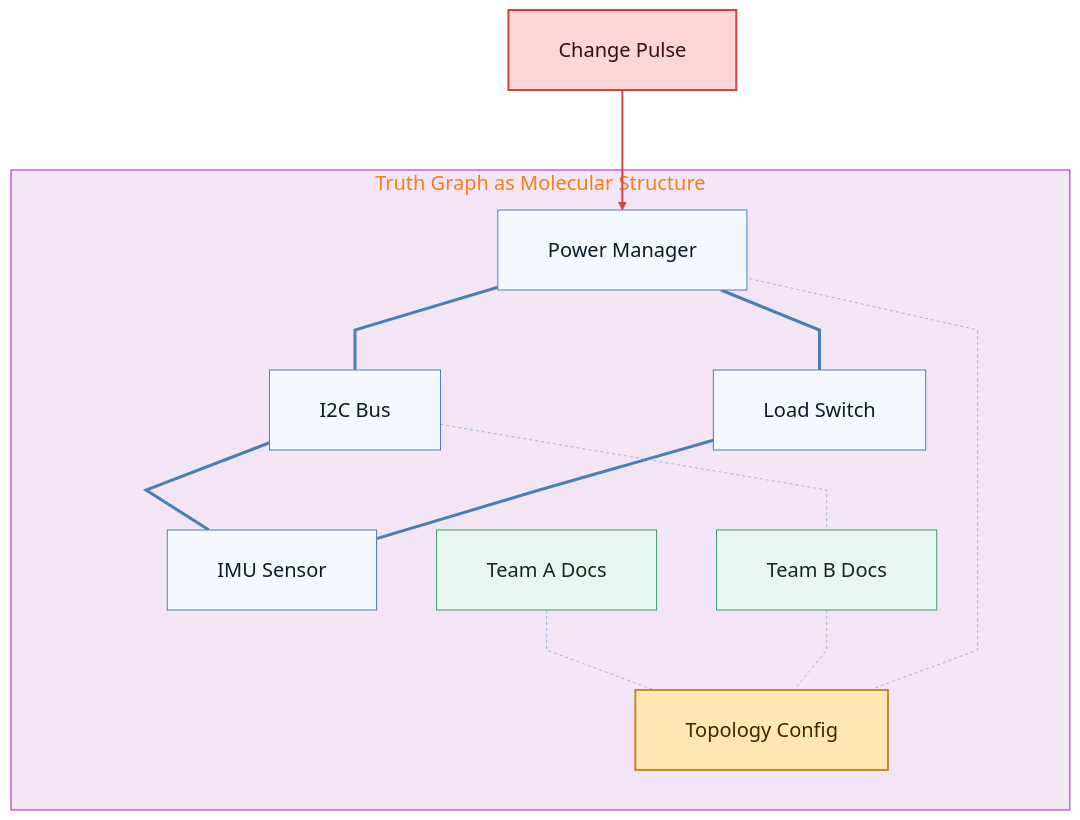
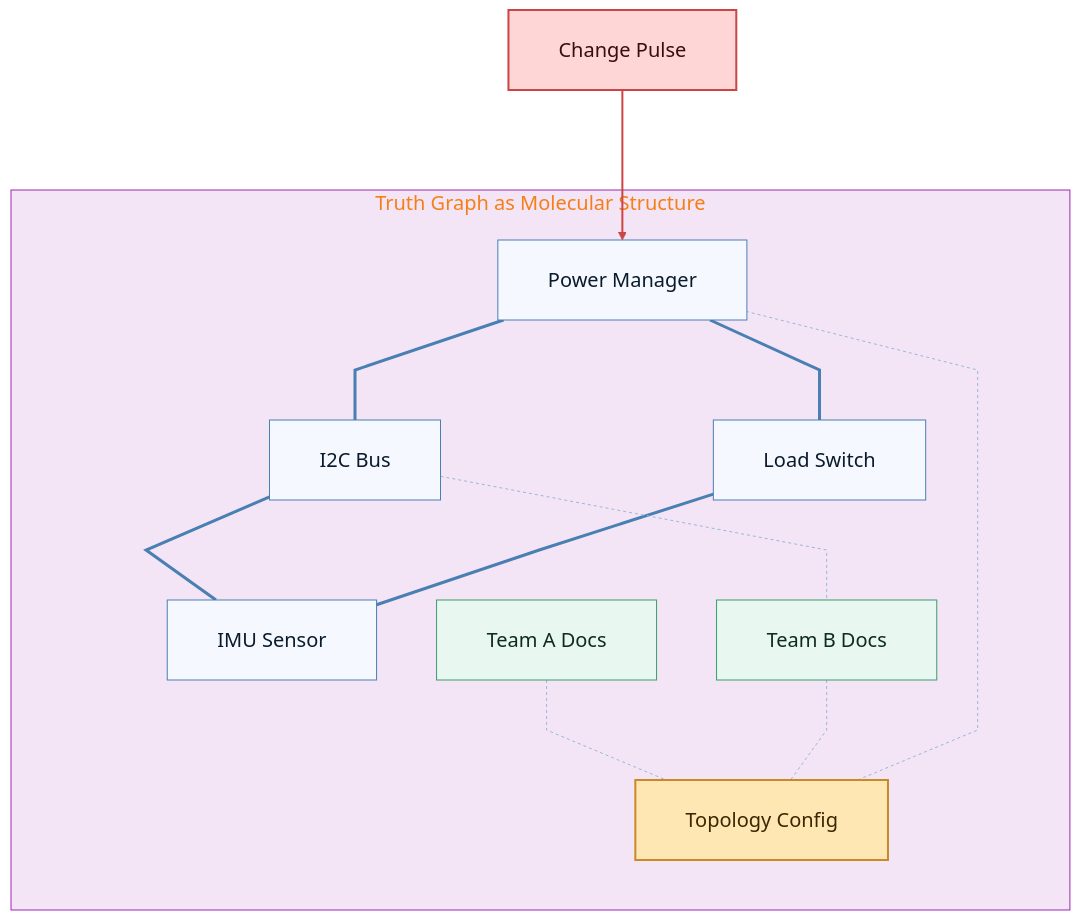
One commit to Lizo-RoadTown/PROVES_LIBRARY changed the diagram in docs/diagrams/gnn-molecule.md. Above: the diagram before and after it, drawn with Mermaid. The commit also changed 4 other files, not shown here.

Commit message:
Fix: Update rankSpacing from 80 to 100 in all diagram files

```diff
--- a/docs/diagrams/gnn-molecule.md
+++ b/docs/diagrams/gnn-molecule.md
@@ -114,7 +114,7 @@
     useMaxWidth: true
     padding: 25
     nodeSpacing: 60
-    rankSpacing: 80
+    rankSpacing: 100
     diagramPadding: 8
   sequence:
     diagramMarginX: 50
```
